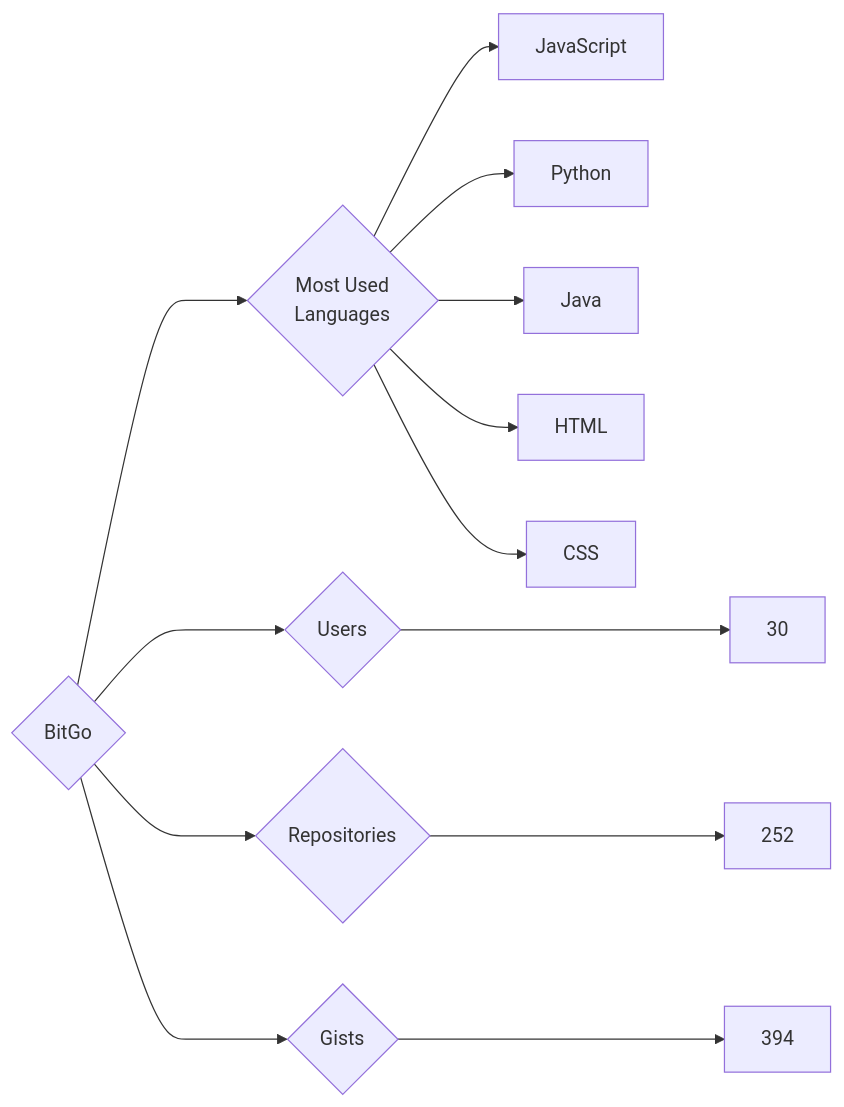
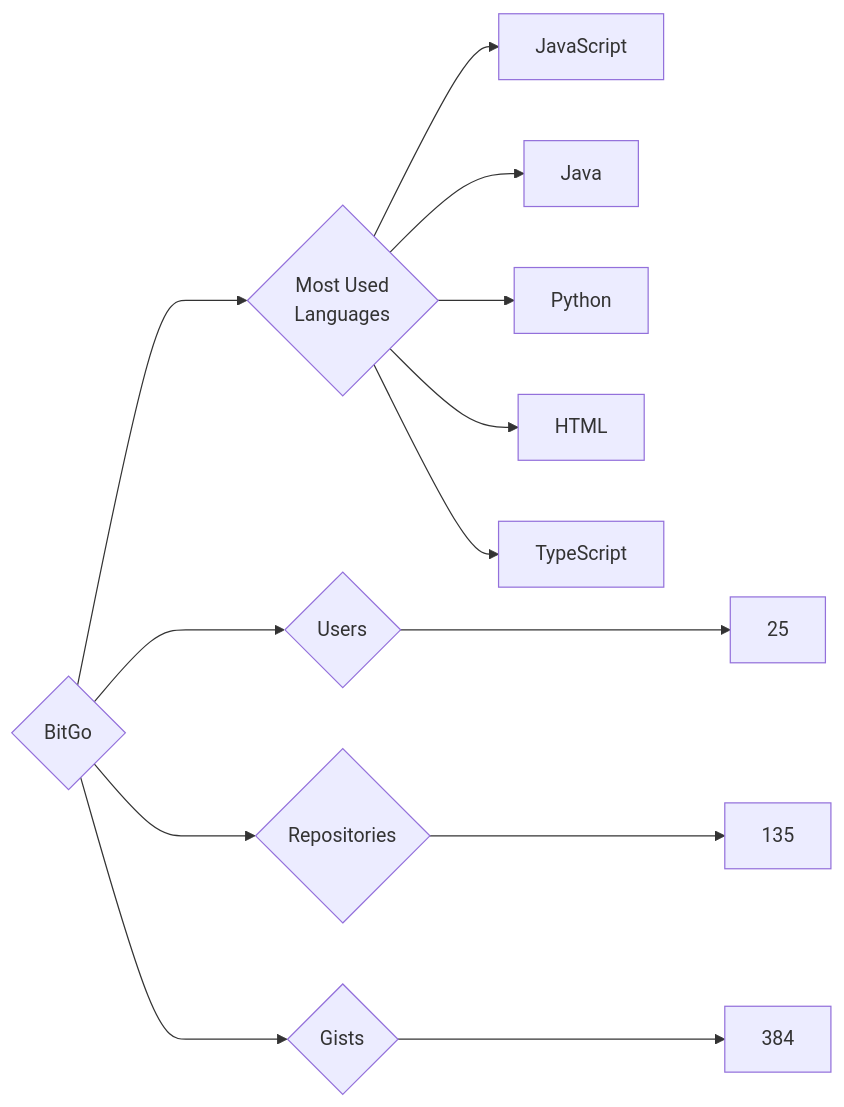
Before and after one commit to trickest/insiders: the diagram in targets/BitGo/README.md, drawn with Mermaid. The commit also changed 681 other files, not shown here.

````diff
--- a/targets/BitGo/README.md
+++ b/targets/BitGo/README.md
@@ -3,13 +3,13 @@
 ```mermaid
 graph LR
 COMPANY_NAME{BitGo}
-COMPANY_NAME ---> U{Users} ---> UN[30]
-COMPANY_NAME ---> R{Repositories} ---> RN[252]
-COMPANY_NAME ---> G{Gists} ---> GN[394]
+COMPANY_NAME ---> U{Users} ---> UN[25]
+COMPANY_NAME ---> R{Repositories} ---> RN[135]
+COMPANY_NAME ---> G{Gists} ---> GN[384]
 COMPANY_NAME ---> ML{Most Used<br>Languages}
 ML --> JavaScript[JavaScript]
+ML --> Java[Java]
 ML --> Python[Python]
-ML --> Java[Java]
 ML --> HTML[HTML]
-ML --> CSS[CSS]
+ML --> TypeScript[TypeScript]
 ```
````
